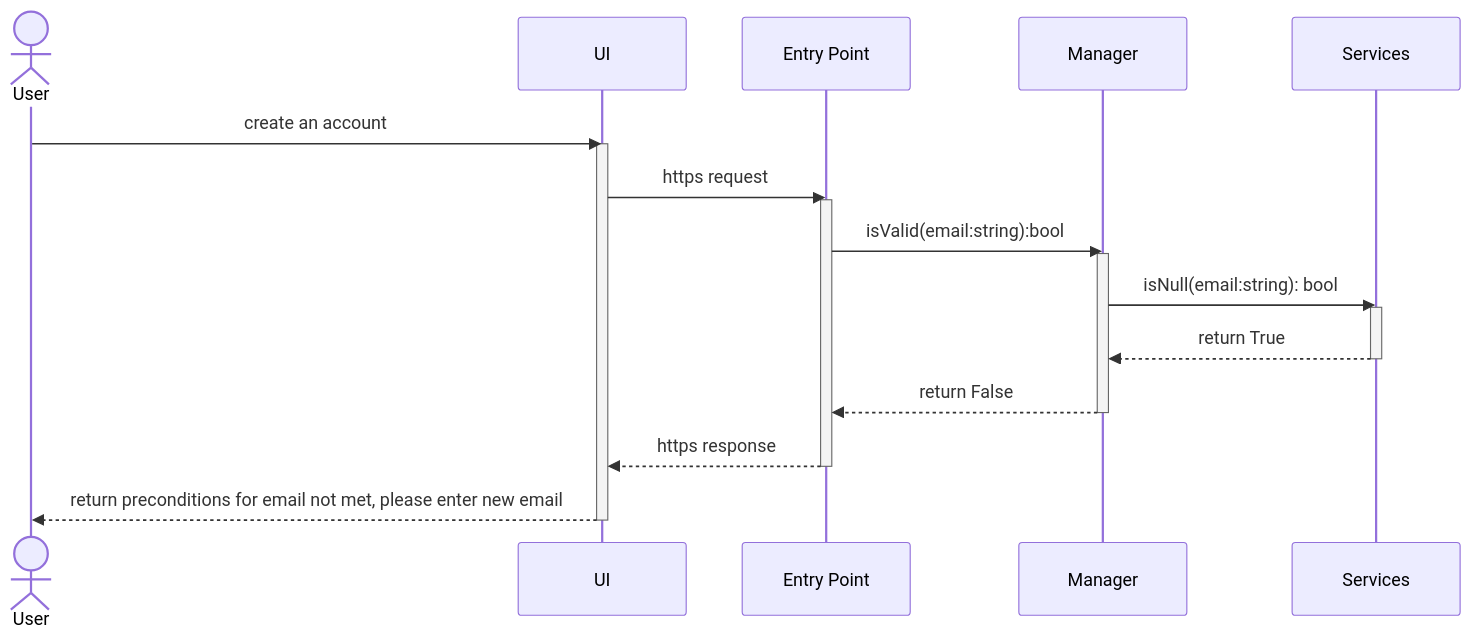
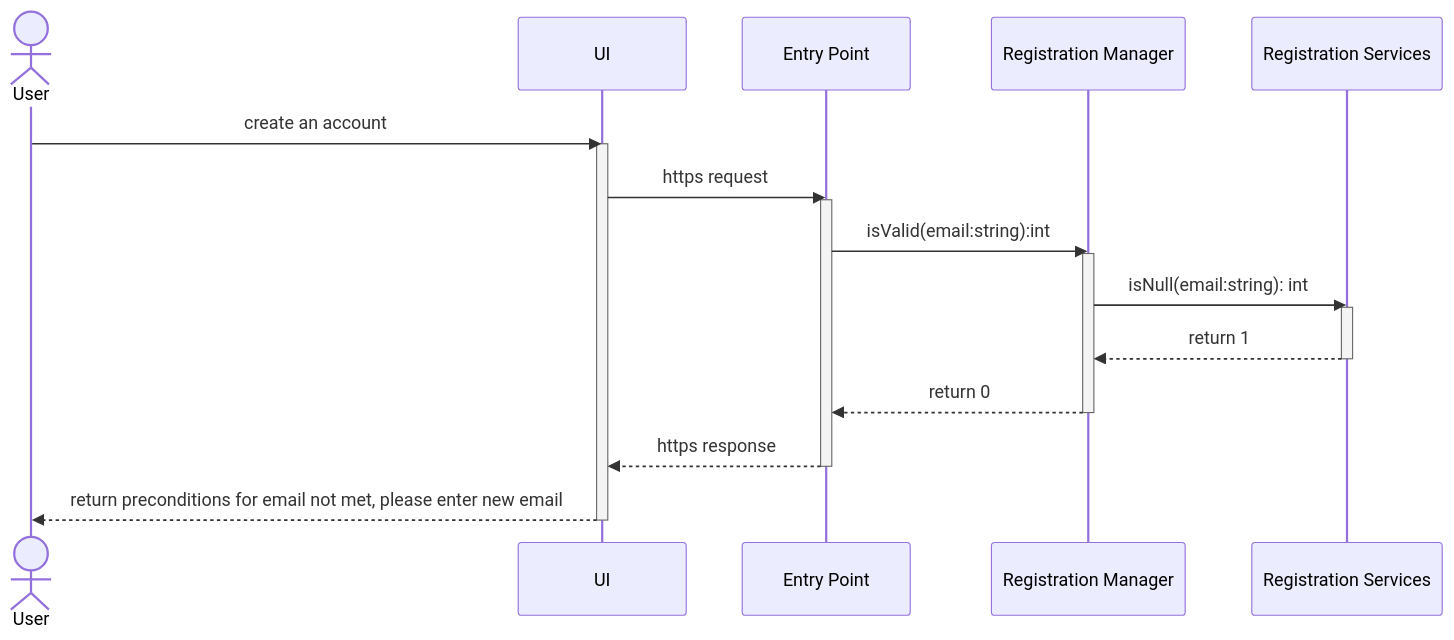
One commit to JosephArmas/cecs-491A-Team-Big-Data changed the diagram in milestone 2/low level design/registration/failures/v3/account/account_email_null.md. Above: the diagram before and after it, drawn with Mermaid. The commit also changed 8 other files, not shown here.

````diff
--- a/milestone 2/low level design/registration/failures/v3/account/account_email_null.md
+++ b/milestone 2/low level design/registration/failures/v3/account/account_email_null.md
@@ -2,20 +2,20 @@
 ```mermaid
 sequenceDiagram
     actor User
     User ->> UI: create an account
     activate UI
     UI ->> Entry Point: https request
     activate Entry Point
-    Entry Point ->> Manager: isValid(email:string):bool
-    activate Manager
-    Manager ->> Services: isNull(email:string): bool
-    activate Services
-    Services -->> Manager: return True
-    deactivate Services
-    Manager -->> Entry Point: return False
-    deactivate Manager
+    Entry Point ->> Registration Manager: isValid(email:string):int
+    activate Registration Manager
+    Registration Manager ->> Registration Services: isNull(email:string): int
+    activate Registration Services
+    Registration Services -->> Registration Manager: return 1
+    deactivate Registration Services
+    Registration Manager -->> Entry Point: return 0
+    deactivate Registration Manager
     Entry Point -->> UI: https response
     deactivate Entry Point
     UI -->> User: return preconditions for email not met, please enter new email
     deactivate UI
 ```
````
